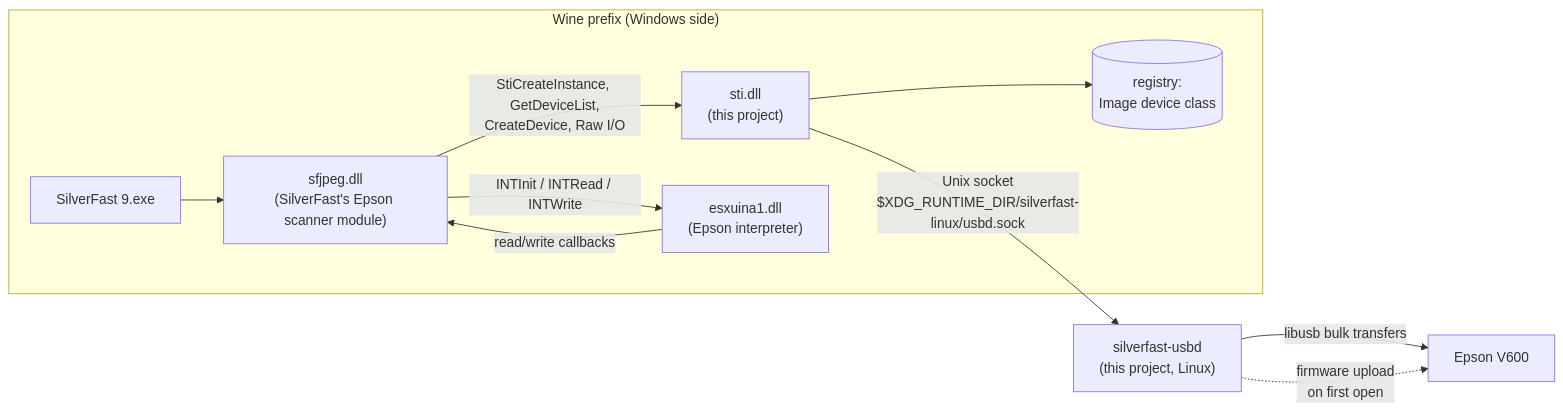
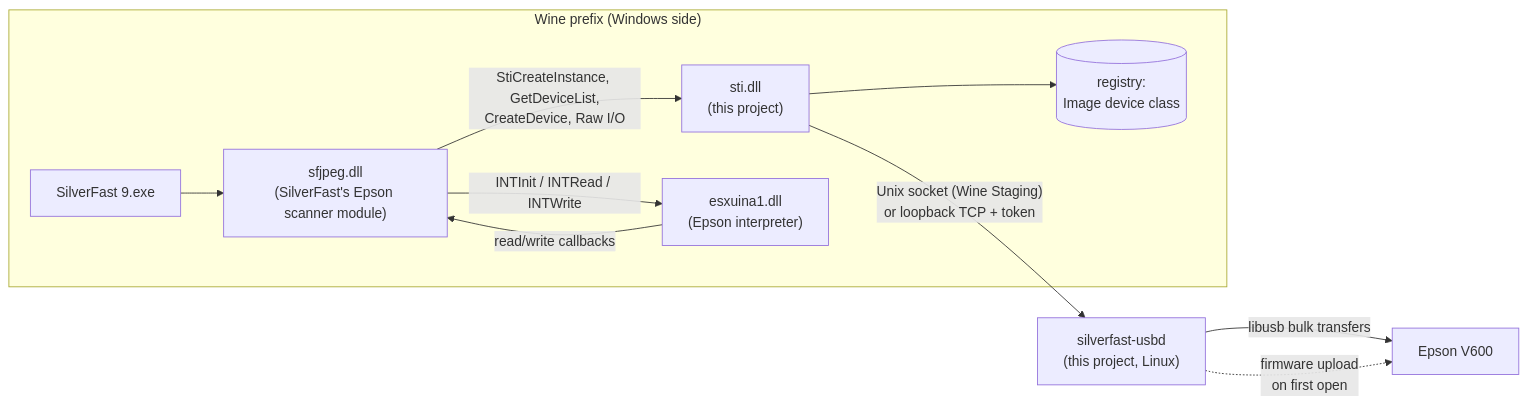
The diagram in docs/how-it-works.md (sepgh/silverfast-linux), drawn with Mermaid before and after one commit. The commit also changed other lines of this file and 9 other files, not shown here.

First line of the commit message:
Fall back to loopback TCP for Wine without AF_UNIX

````diff
--- a/docs/how-it-works.md
+++ b/docs/how-it-works.md
@@ -32,13 +32,13 @@
 ```mermaid
 flowchart LR
     subgraph wine["Wine prefix (Windows side)"]
         SF["SilverFast 9.exe"] --> SFJ["sfjpeg.dll<br/>(SilverFast's Epson scanner module)"]
         SFJ -->|"StiCreateInstance, GetDeviceList,<br/>CreateDevice, Raw I/O"| STI["sti.dll<br/>(this project)"]
         SFJ -->|"INTInit / INTRead / INTWrite"| INT["esxuina1.dll<br/>(Epson interpreter)"]
         INT -->|"read/write callbacks"| SFJ
         STI --> REG[("registry:<br/>Image device class")]
     end
-    STI -->|"Unix socket<br/>$XDG_RUNTIME_DIR/silverfast-linux/usbd.sock"| USBD["silverfast-usbd<br/>(this project, Linux)"]
+    STI -->|"Unix socket (Wine Staging)<br/>or loopback TCP + token"| USBD["silverfast-usbd<br/>(this project, Linux)"]
     USBD -->|"libusb bulk transfers"| SCN["Epson V600"]
     USBD -. "firmware upload<br/>on first open" .-> SCN
 ```
````
